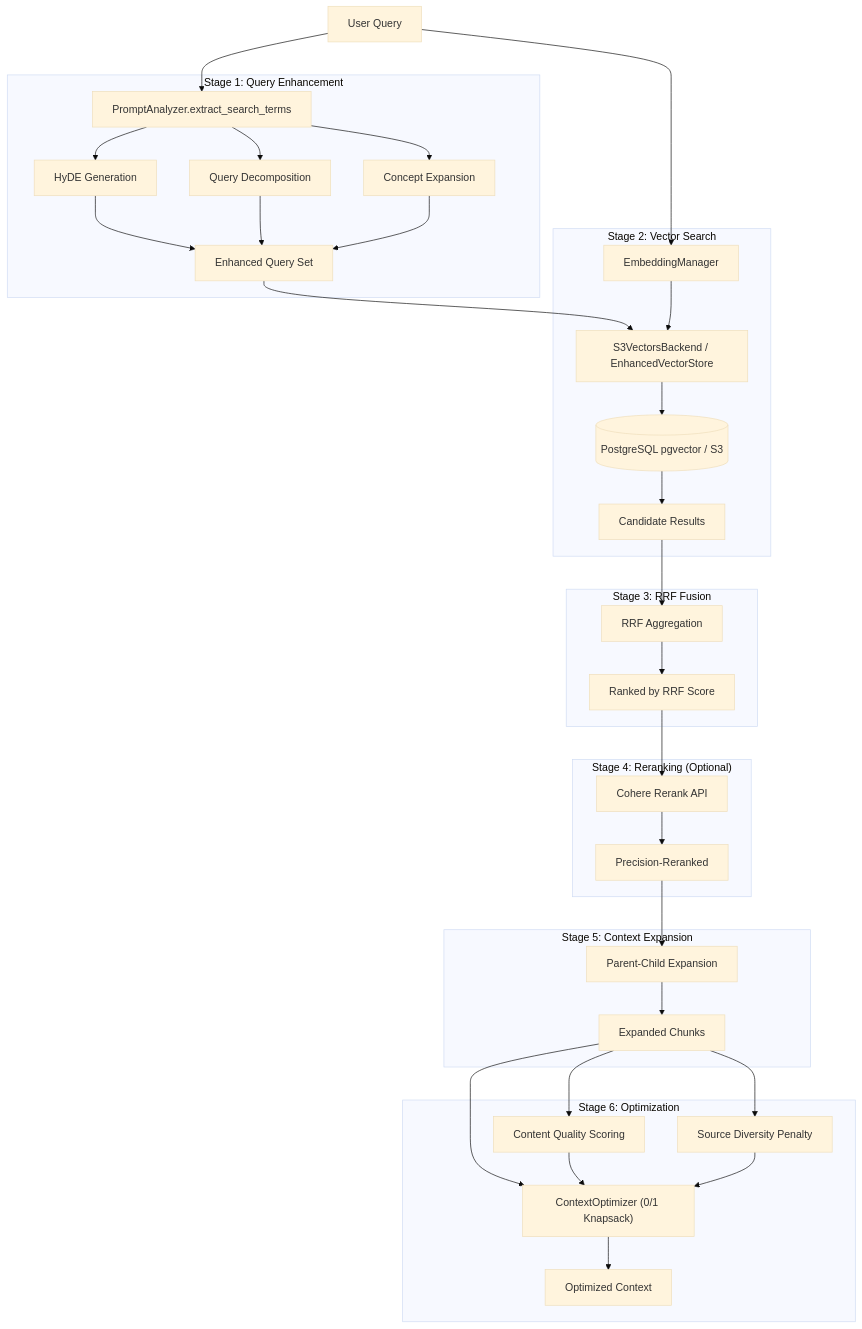
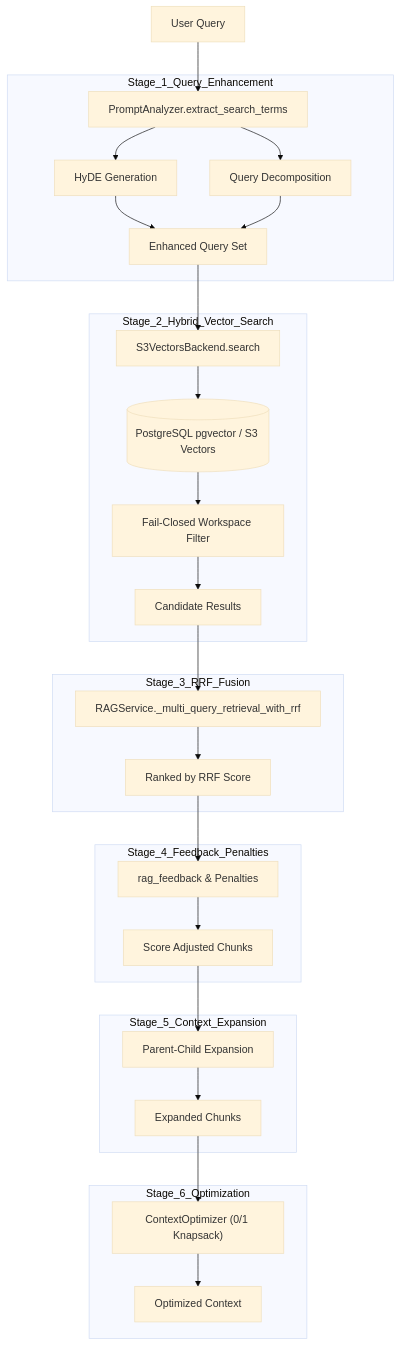
Before and after one commit to AutomatosAI/automatos-ai: the first of 3 diagrams in docs/knowledge-base-rag/rag-retrieval-system.md, drawn with Mermaid (base theme). The commit also changed other lines of this file and 191 other files, not shown here.

````diff
--- a/docs/knowledge-base-rag/rag-retrieval-system.md
+++ b/docs/knowledge-base-rag/rag-retrieval-system.md
@@ -44,71 +49,61 @@
 ```mermaid
 graph TB
     Query["User Query"]
     
-    subgraph "Stage 1: Query Enhancement"
+    subgraph "Stage_1_Query_Enhancement"
         QueryEnhancer["PromptAnalyzer.extract_search_terms"]
         HyDE["HyDE Generation"]
         Decomp["Query Decomposition"]
-        Expansion["Concept Expansion"]
         EnhancedQueries["Enhanced Query Set"]
     end
     
-    subgraph "Stage 2: Vector Search"
-        S3Backend["S3VectorsBackend / EnhancedVectorStore"]
-        EmbeddingMgr["EmbeddingManager"]
-        VectorDB[("PostgreSQL pgvector / S3")]
+    subgraph "Stage_2_Hybrid_Vector_Search"
+        S3Backend["S3VectorsBackend.search"]
+        VectorDB[("PostgreSQL pgvector / S3 Vectors")]
+        FailClosed["Fail-Closed Workspace Filter"]
         Candidates["Candidate Results"]
     end
     
-    subgraph "Stage 3: RRF Fusion"
-        RRFAgg["RRF Aggregation"]
+    subgraph "Stage_3_RRF_Fusion"
+        RRFAgg["RAGService._multi_query_retrieval_with_rrf"]
         RankedCands["Ranked by RRF Score"]
     end
     
-    subgraph "Stage 4: Reranking (Optional)"
-        CohereRerank["Cohere Rerank API"]
-        Reranked["Precision-Reranked"]
+    subgraph "Stage_4_Feedback_Penalties"
+        Feedback["rag_feedback & Penalties"]
+        AdjustedScores["Score Adjusted Chunks"]
     end
     
-    subgraph "Stage 5: Context Expansion"
+    subgraph "Stage_5_Context_Expansion"
         ParentChild["Parent-Child Expansion"]
         Expanded["Expanded Chunks"]
     end
     
-    subgraph "Stage 6: Optimization"
+    subgraph "Stage_6_Optimization"
         KnapsackDP["ContextOptimizer (0/1 Knapsack)"]
-        ContentQuality["Content Quality Scoring"]
-        SourceDiversity["Source Diversity Penalty"]
         OptimizedContext["Optimized Context"]
     end
     
     Query --> QueryEnhancer
     QueryEnhancer --> HyDE
     QueryEnhancer --> Decomp
-    QueryEnhancer --> Expansion
     HyDE --> EnhancedQueries
     Decomp --> EnhancedQueries
-    Expansion --> EnhancedQueries
     
     EnhancedQueries --> S3Backend
-    Query --> EmbeddingMgr
-    EmbeddingMgr --> S3Backend
     S3Backend --> VectorDB
-    VectorDB --> Candidates
+    VectorDB --> FailClosed
+    FailClosed --> Candidates
     
     Candidates --> RRFAgg
     RRFAgg --> RankedCands
     
-    RankedCands --> CohereRerank
-    CohereRerank --> Reranked
+    RankedCands --> Feedback
+    Feedback --> AdjustedScores
     
-    Reranked --> ParentChild
+    AdjustedScores --> ParentChild
     ParentChild --> Expanded
     
     Expanded --> KnapsackDP
-    Expanded --> ContentQuality
-    Expanded --> SourceDiversity
-    ContentQuality --> KnapsackDP
-    SourceDiversity --> KnapsackDP
     KnapsackDP --> OptimizedContext
 ```
````
